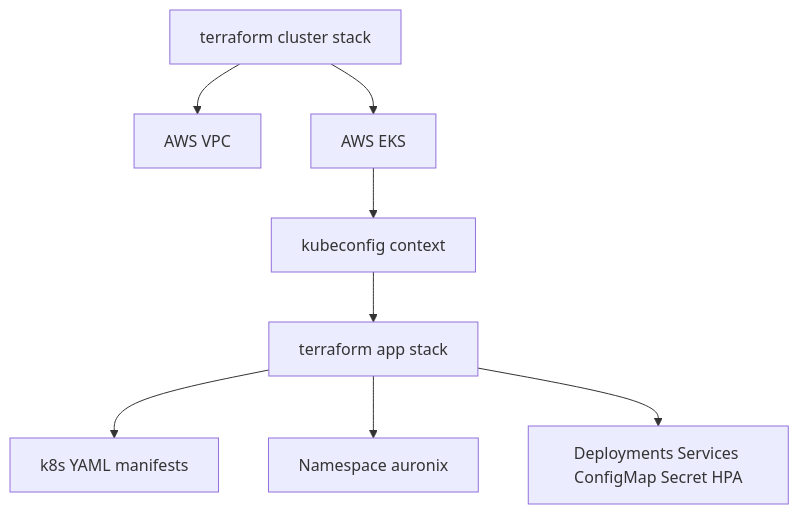
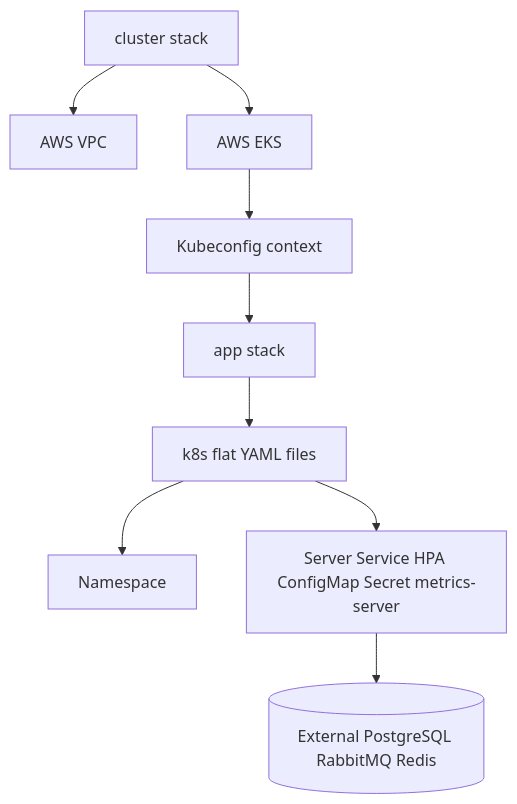
The diagram in docs/en/terraform/README.md (Joaopdiasventura/Auronix-server), drawn with Mermaid before and after one commit. The commit also changed other lines of this file and 23 other files, not shown here.

Commit message:
docs: update documentation to enhance project description and architecture details

````diff
--- a/docs/en/terraform/README.md
+++ b/docs/en/terraform/README.md
@@ -25,10 +45,11 @@
 ```mermaid
 flowchart TD
-    Cluster[terraform cluster stack] --> VPC[AWS VPC]
+    Cluster[cluster stack] --> VPC[AWS VPC]
     Cluster --> EKS[AWS EKS]
-    EKS --> Kubeconfig[kubeconfig context]
-    Kubeconfig --> App[terraform app stack]
-    App --> YAML[k8s YAML manifests]
-    App --> Namespace[Namespace auronix]
-    App --> Resources[Deployments Services ConfigMap Secret HPA]
+    EKS --> Kubeconfig[Kubeconfig context]
+    Kubeconfig --> App[app stack]
+    App --> Flat[k8s flat YAML files]
+    Flat --> Namespace[Namespace]
+    Flat --> Workloads[Server Service HPA ConfigMap Secret metrics-server]
+    Workloads --> External[(External PostgreSQL RabbitMQ Redis)]
 ```
````
